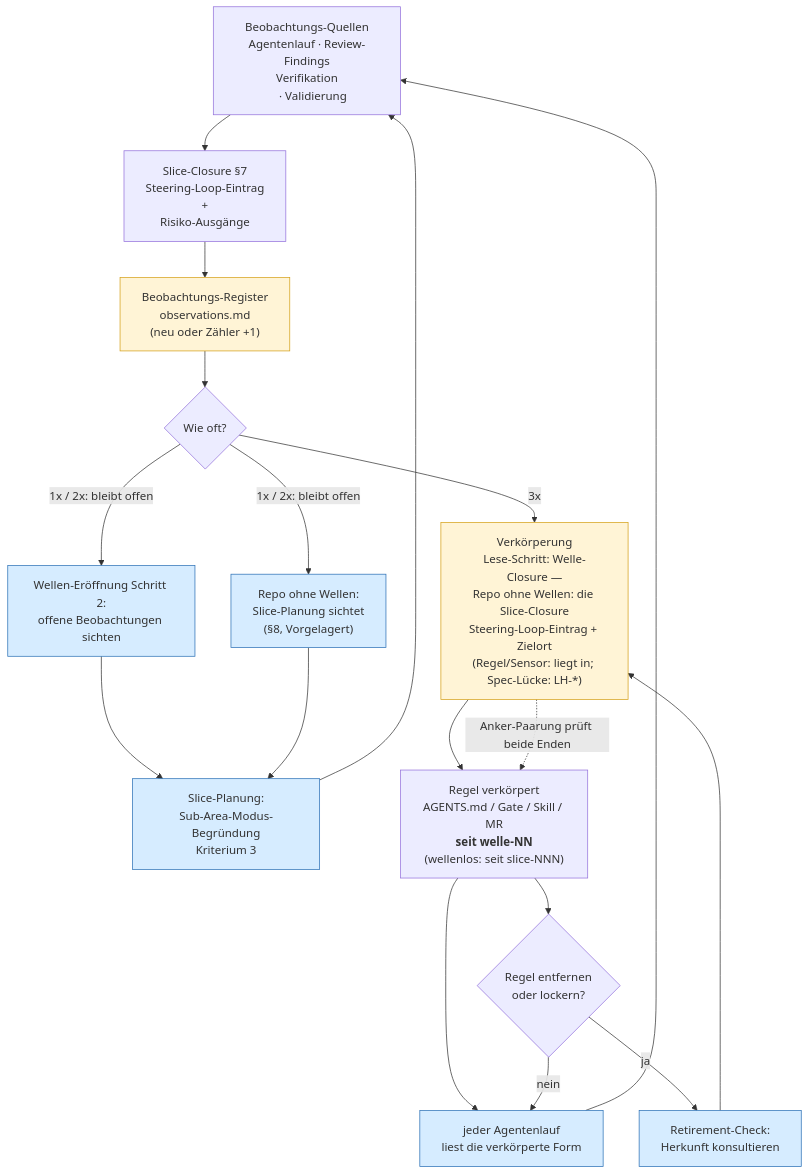
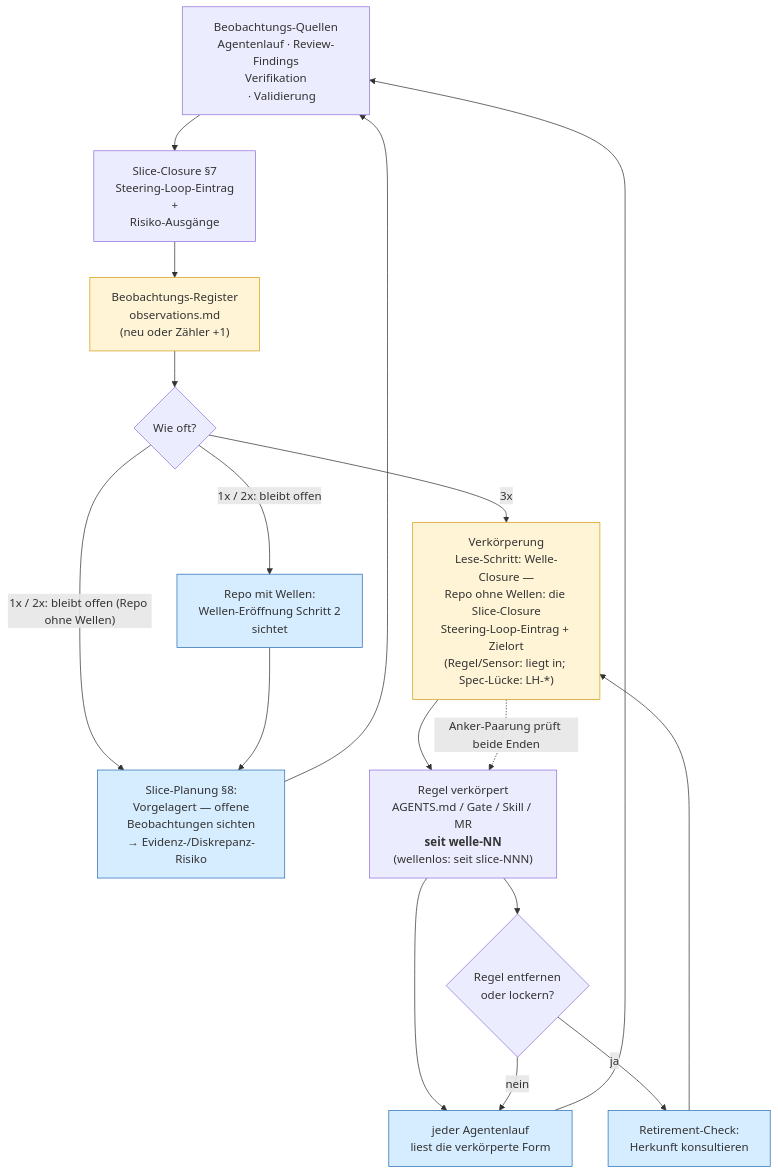
Before and after one commit to pt9912/ai-harness-course: the fourth of 4 diagrams in kurs/de/grundlagen/konventionen.md, drawn with Mermaid. The commit also changed other lines of this file and 10 other files, not shown here.

````diff
--- a/kurs/de/grundlagen/konventionen.md
+++ b/kurs/de/grundlagen/konventionen.md
@@ -1006,32 +1008,30 @@
 ```mermaid
 flowchart TB
     A["Beobachtungs-Quellen<br/>Agentenlauf · Review-Findings<br/>Verifikation
     · Validierung"] --> B["Slice-Closure §7<br/>Steering-Loop-Eintrag<br/>+
     Risiko-Ausgänge"]
     B --> V["Beobachtungs-Register<br/>observations.md<br/>(neu oder Zähler +1)"]
     V --> C{"Wie oft?"}
     C -- "3x" --> E["Verkörperung<br/>Lese-Schritt: Welle-Closure —<br/>Repo ohne Wellen: die Slice-Closure<br/>Steering-Loop-Eintrag + Zielort<br/>(Regel/Sensor: liegt in; Spec-Lücke: LH-*)"]
 
-    C -- "1x / 2x: bleibt offen" --> F["Wellen-Eröffnung Schritt 2:<br/>offene Beobachtungen sichten"]
-    C -- "1x / 2x: bleibt offen" --> F2["Repo ohne Wellen:<br/>Slice-Planung sichtet<br/>(§8, Vorgelagert)"]
-    F --> G["Slice-Planung:<br/>Sub-Area-Modus-Begründung<br/>Kriterium 3"]
-    F2 --> G
+    C -- "1x / 2x: bleibt offen" --> F["Repo mit Wellen:<br/>Wellen-Eröffnung Schritt 2<br/>sichtet"]
+    C -- "1x / 2x: bleibt offen (Repo ohne Wellen)" --> G
+    F --> G["Slice-Planung §8:<br/>Vorgelagert — offene<br/>Beobachtungen sichten<br/>→ Evidenz-/Diskrepanz-Risiko"]
     G --> A
 
     E --> H["Regel verkörpert<br/>AGENTS.md / Gate / Skill / MR<br/><b>seit welle-NN</b><br/>(wellenlos: seit slice-NNN)"]
     H --> I["jeder Agentenlauf<br/>liest die verkörperte Form"]
     I --> A
     E -. "Anker-Paarung prüft beide Enden" .-> H
     H --> J{"Regel entfernen<br/>oder lockern?"}
     J -- "ja" --> K["Retirement-Check:<br/>Herkunft konsultieren"]
     J -- "nein" --> I
     K --> E
 
     style V fill:#fff4d6,stroke:#d4a017
     style E fill:#fff4d6,stroke:#d4a017
     style F fill:#d6ecff,stroke:#2a6fb5
-    style F2 fill:#d6ecff,stroke:#2a6fb5
     style G fill:#d6ecff,stroke:#2a6fb5
     style I fill:#d6ecff,stroke:#2a6fb5
     style K fill:#d6ecff,stroke:#2a6fb5
 ```
````
